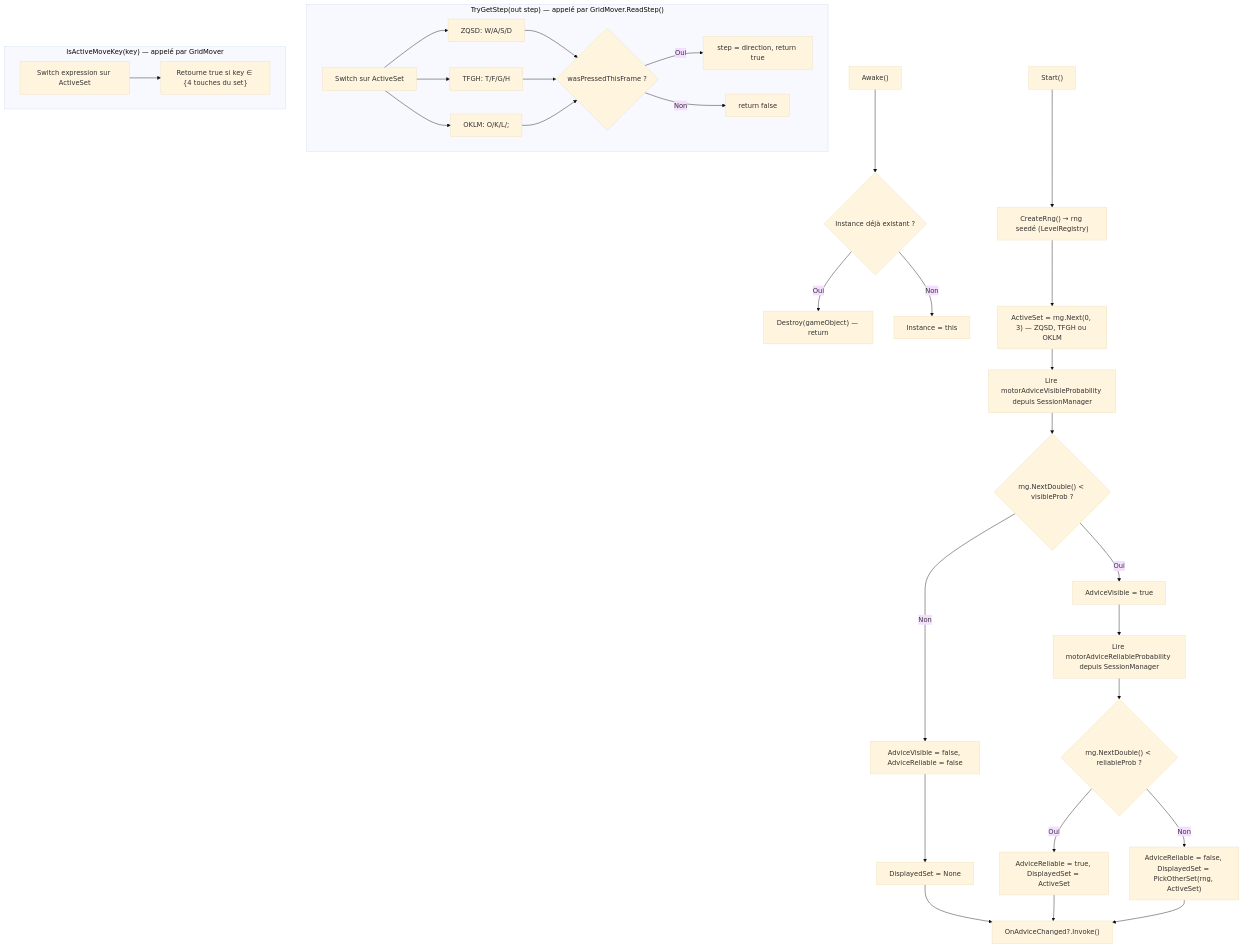
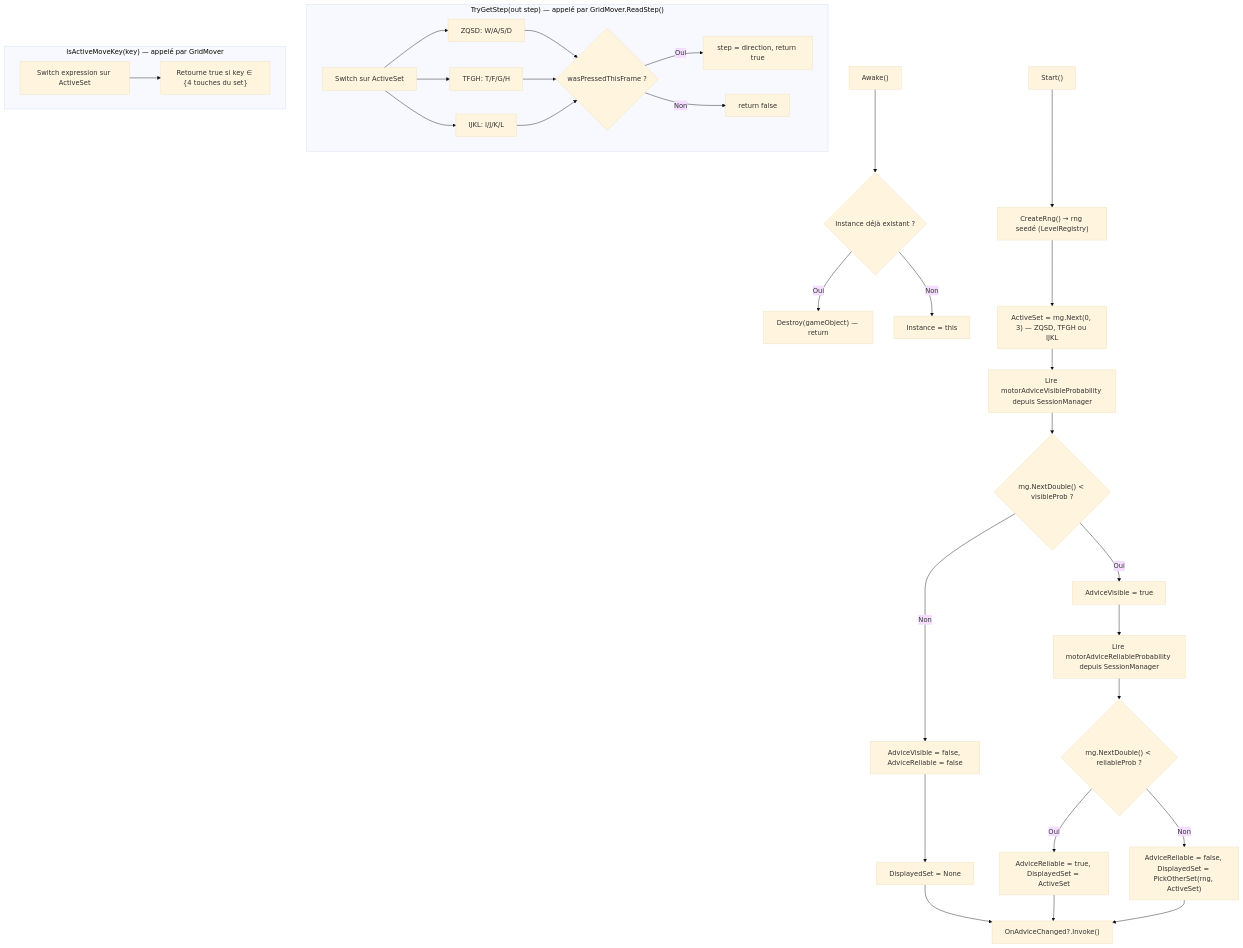
The tenth of 28 diagrams in Docs/TDD.md (PierreChagnon/BUGS), drawn with Mermaid (base theme) before and after one commit. The commit also changed other lines of this file and 4 other files, not shown here.

Commit message:
keyset OKLM -> IJKL

````diff
--- a/Docs/TDD.md
+++ b/Docs/TDD.md
@@ -936,36 +936,36 @@
 ```mermaid
 graph TD
     A["Awake()"] --> A1{"Instance déjà existant ?"}
     A1 -->|Oui| A2["Destroy(gameObject) — return"]
     A1 -->|Non| A3["Instance = this"]
 
     B["Start()"] --> C["CreateRng() → rng seedé (LevelRegistry)"]
-    C --> D["ActiveSet = rng.Next(0, 3) — ZQSD, TFGH ou OKLM"]
+    C --> D["ActiveSet = rng.Next(0, 3) — ZQSD, TFGH ou IJKL"]
     D --> E["Lire motorAdviceVisibleProbability depuis SessionManager"]
     E --> F{"rng.NextDouble() < visibleProb ?"}
     F -->|Non| G["AdviceVisible = false, AdviceReliable = false"]
     G --> G2["DisplayedSet = None"]
     G2 --> H["OnAdviceChanged?.Invoke()"]
     F -->|Oui| I["AdviceVisible = true"]
     I --> J["Lire motorAdviceReliableProbability depuis SessionManager"]
     J --> K{"rng.NextDouble() < reliableProb ?"}
     K -->|Oui| L["AdviceReliable = true, DisplayedSet = ActiveSet"]
     K -->|Non| M["AdviceReliable = false, DisplayedSet = PickOtherSet(rng, ActiveSet)"]
     L --> H
     M --> H
 
     subgraph "TryGetStep(out step) — appelé par GridMover.ReadStep()"
         TS1["Switch sur ActiveSet"] --> TS2["ZQSD: W/A/S/D"]
         TS1 --> TS3["TFGH: T/F/G/H"]
-        TS1 --> TS4["OKLM: O/K/L/;"]
+        TS1 --> TS4["IJKL: I/J/K/L"]
         TS2 --> TS5{"wasPressedThisFrame ?"}
         TS3 --> TS5
         TS4 --> TS5
         TS5 -->|Oui| TS6["step = direction, return true"]
         TS5 -->|Non| TS7["return false"]
     end
 
     subgraph "IsActiveMoveKey(key) — appelé par GridMover"
         AM1["Switch expression sur ActiveSet"] --> AM2["Retourne true si key ∈ {4 touches du set}"]
     end
 ```
````
